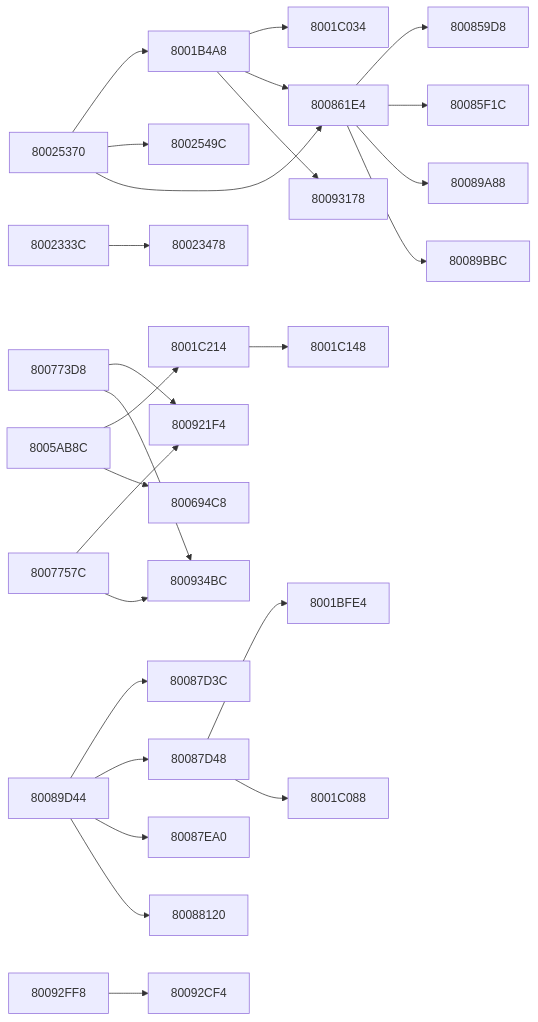
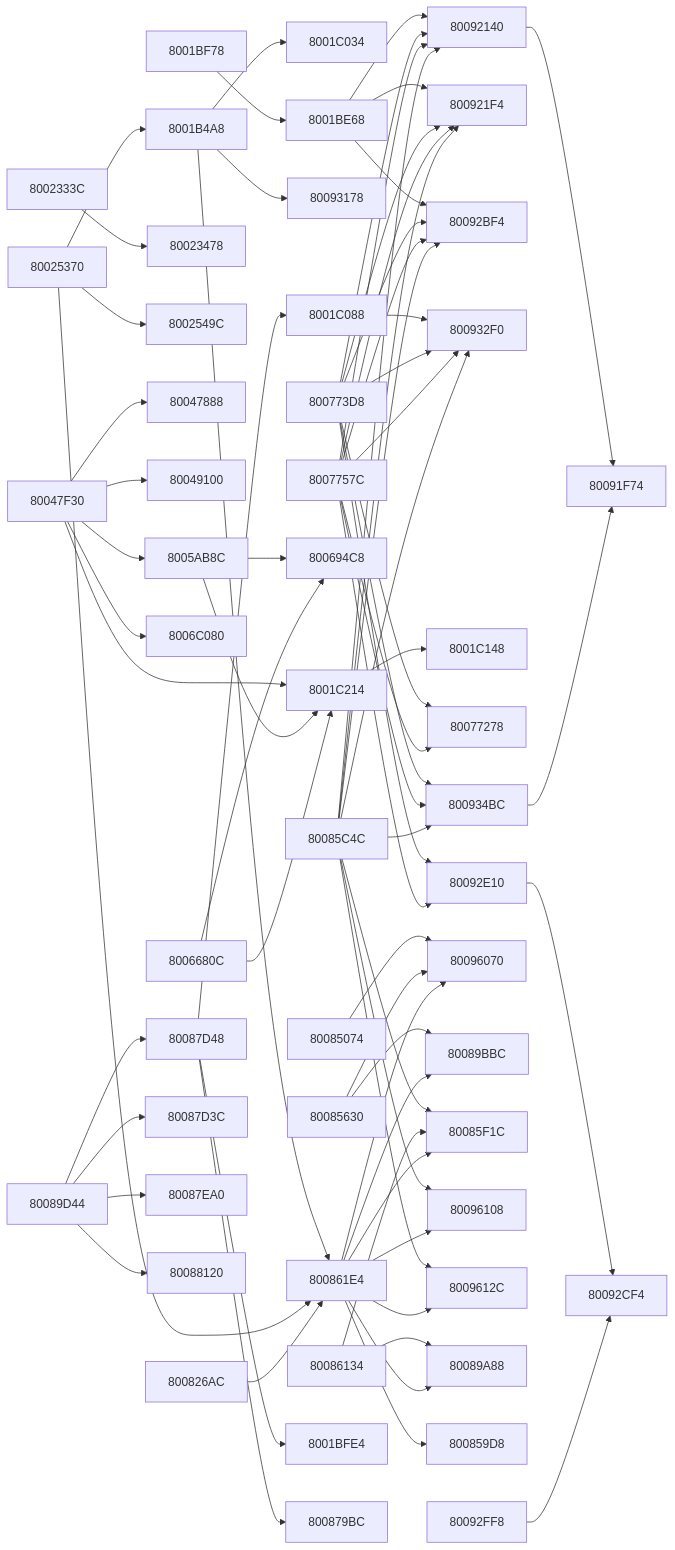
Before and after one commit to kai-luni/Future-Cop-L.A.P.D-PS1: the seventh of 10 diagrams in docs/FUNCTION_MAP.md, drawn with Mermaid. The commit also changed other lines of this file and 1 other file, not shown here.

````diff
--- a/docs/FUNCTION_MAP.md
+++ b/docs/FUNCTION_MAP.md
@@ -324,29 +444,74 @@
     f8001b4a8 --> f8001c034
     f8001b4a8 --> f800861e4
     f8001b4a8 --> f80093178
+    f8001be68 --> f80092140
+    f8001be68 --> f800921f4
+    f8001be68 --> f80092bf4
+    f8001bf78 --> f8001be68
+    f8001c088 --> f800932f0
     f8001c214 --> f8001c148
     f8002333c --> f80023478
     f80025370 --> f8001b4a8
     f80025370 --> f8002549c
     f80025370 --> f800861e4
+    f80047f30 --> f8001c214
+    f80047f30 --> f80047888
+    f80047f30 --> f80049100
+    f80047f30 --> f8005ab8c
+    f80047f30 --> f8006c080
     f8005ab8c --> f8001c214
     f8005ab8c --> f800694c8
+    f8006680c --> f8001c214
+    f8006680c --> f800694c8
+    f800773d8 --> f80077278
+    f800773d8 --> f80092140
     f800773d8 --> f800921f4
+    f800773d8 --> f80092bf4
+    f800773d8 --> f80092e10
+    f800773d8 --> f800932f0
     f800773d8 --> f800934bc
+    f8007757c --> f80077278
+    f8007757c --> f80092140
     f8007757c --> f800921f4
+    f8007757c --> f80092bf4
+    f8007757c --> f80092e10
+    f8007757c --> f800932f0
     f8007757c --> f800934bc
+    f800826ac --> f800861e4
+    f80085074 --> f80096070
+    f80085630 --> f80089bbc
+    f80085630 --> f80096070
+    f80085c4c --> f80085f1c
+    f80085c4c --> f80092140
+    f80085c4c --> f800921f4
+    f80085c4c --> f80092bf4
+    f80085c4c --> f800932f0
+    f80085c4c --> f800934bc
+    f80085c4c --> f80096108
+    f80085c4c --> f8009612c
+    f80086134 --> f80085f1c
+    f80086134 --> f80089a88
     f800861e4 --> f800859d8
     f800861e4 --> f80085f1c
     f800861e4 --> f80089a88
     f800861e4 --> f80089bbc
+    f800861e4 --> f80096070
+    f800861e4 --> f80096108
+    f800861e4 --> f8009612c
     f80087d48 --> f8001bfe4
     f80087d48 --> f8001c088
+    f80087d48 --> f800879bc
     f80089d44 --> f80087d3c
     f80089d44 --> f80087d48
     f80089d44 --> f80087ea0
     f80089d44 --> f80088120
+    f80092140 --> f80091f74
+    f80092e10 --> f80092cf4
     f80092ff8 --> f80092cf4
+    f800934bc --> f80091f74
     f8001b4a8["8001B4A8"]
+    f8001be68["8001BE68"]
+    f8001bf78["8001BF78"]
     f8001bfe4["8001BFE4"]
     f8001c034["8001C034"]
     f8001c088["8001C088"]
@@ -356,13 +521,25 @@
     f80023478["80023478"]
     f80025370["80025370"]
     f8002549c["8002549C"]
+    f80047888["80047888"]
+    f80047f30["80047F30"]
+    f80049100["80049100"]
     f8005ab8c["8005AB8C"]
+    f8006680c["8006680C"]
     f800694c8["800694C8"]
+    f8006c080["8006C080"]
+    f80077278["80077278"]
     f800773d8["800773D8"]
     f8007757c["8007757C"]
+    f800826ac["800826AC"]
+    f80085074["80085074"]
+    f80085630["80085630"]
     f800859d8["800859D8"]
+    f80085c4c["80085C4C"]
     f80085f1c["80085F1C"]
+    f80086134["80086134"]
     f800861e4["800861E4"]
+    f800879bc["800879BC"]
     f80087d3c["80087D3C"]
     f80087d48["80087D48"]
     f80087ea0["80087EA0"]
@@ -370,9 +547,17 @@
     f80089a88["80089A88"]
     f80089bbc["80089BBC"]
     f80089d44["80089D44"]
+    f80091f74["80091F74"]
+    f80092140["80092140"]
     f800921f4["800921F4"]
+    f80092bf4["80092BF4"]
     f80092cf4["80092CF4"]
+    f80092e10["80092E10"]
     f80092ff8["80092FF8"]
     f80093178["80093178"]
+    f800932f0["800932F0"]
     f800934bc["800934BC"]
+    f80096070["80096070"]
+    f80096108["80096108"]
+    f8009612c["8009612C"]
 ```
````
